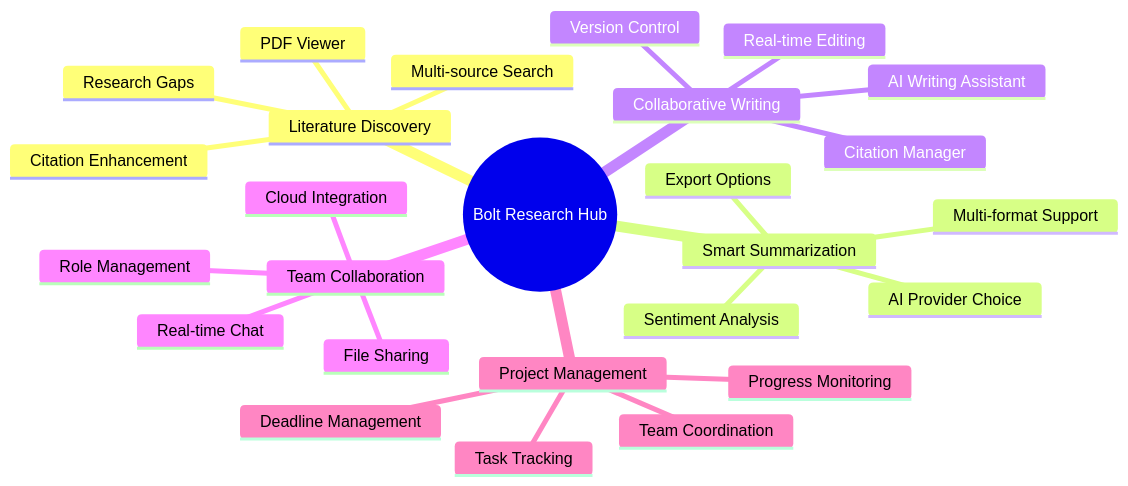
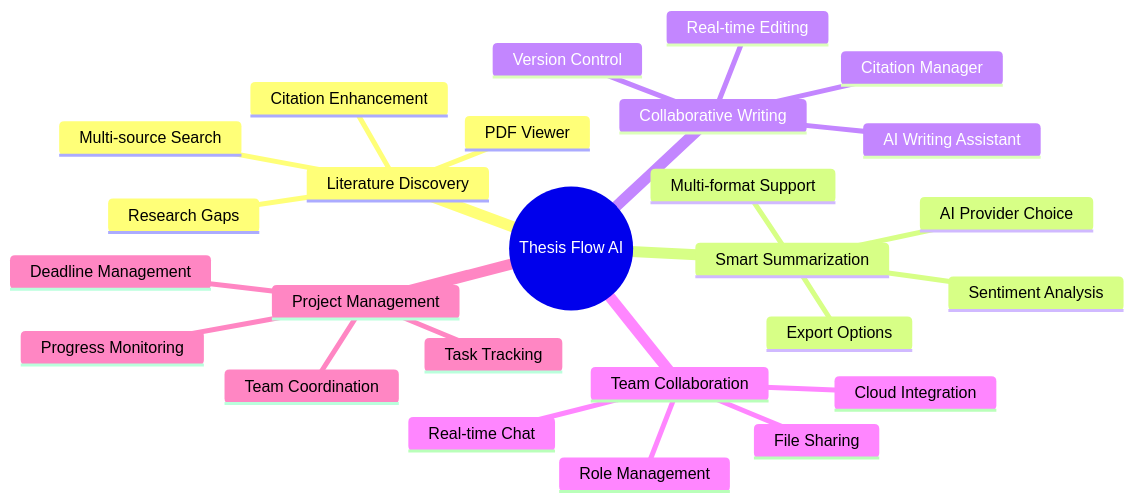
The first of 9 diagrams in README.md (Kedhareswer/thesisflow-ai), drawn with Mermaid before and after one commit. The commit also changed other lines of this file and 12 other files, not shown here.

````diff
--- a/README.md
+++ b/README.md
@@ -21,29 +21,29 @@
 ```mermaid
 mindmap
-  root((Bolt Research Hub))
+  root((Thesis Flow AI))
     Literature Discovery
       Multi-source Search
       Citation Enhancement
       PDF Viewer
       Research Gaps
     Smart Summarization
       Multi-format Support
       AI Provider Choice
       Sentiment Analysis
       Export Options
     Collaborative Writing
       Real-time Editing
       Citation Manager
       AI Writing Assistant
       Version Control
     Team Collaboration
       Real-time Chat
       File Sharing
       Role Management
       Cloud Integration
     Project Management
       Task Tracking
       Progress Monitoring
       Team Coordination
       Deadline Management
 ```
````
